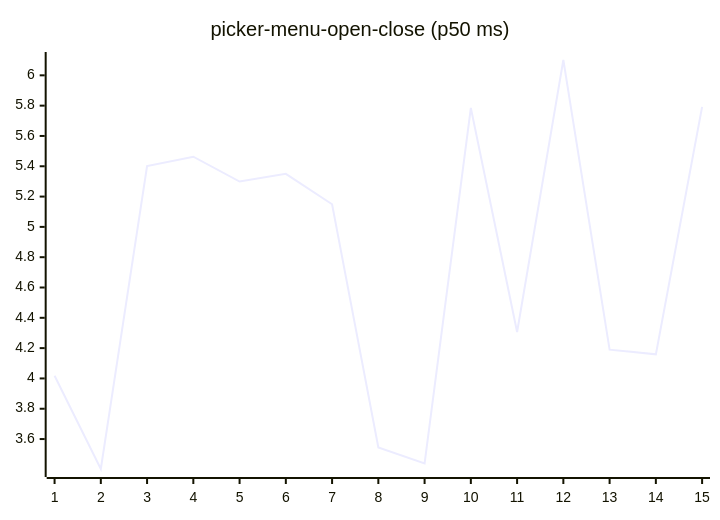
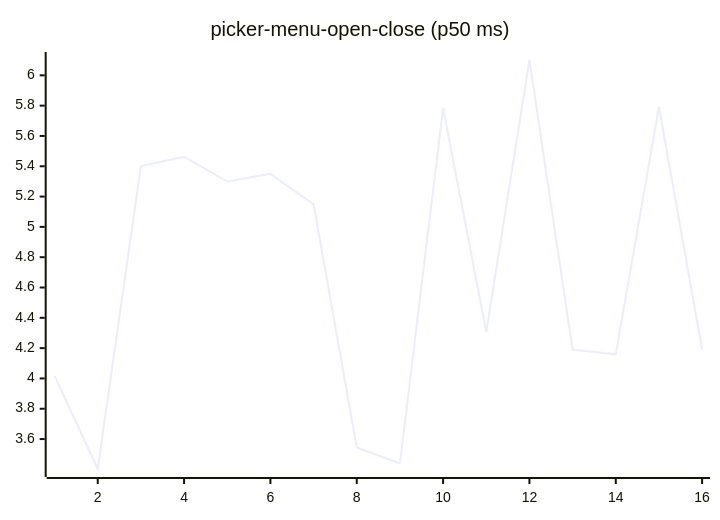
One commit to josha/Facet changed diagram 16 of 27 in README.md. Above: the diagram before and after it, drawn with Mermaid. The commit also changed other lines of this file and 2 other files, not shown here.

````diff
--- a/README.md
+++ b/README.md
@@ -168,6 +168,6 @@
 ```mermaid
 xychart-beta
     title "picker-menu-open-close (p50 ms)"
-    x-axis 1 --> 15
-    line [4.0174, 3.4024, 5.4017, 5.4631, 5.2994, 5.3502, 5.1493, 3.5447, 3.4388, 5.7846, 4.3066, 6.1012, 4.1897, 4.1591, 5.7919]
+    x-axis 1 --> 16
+    line [4.0174, 3.4024, 5.4017, 5.4631, 5.2994, 5.3502, 5.1493, 3.5447, 3.4388, 5.7846, 4.3066, 6.1012, 4.1897, 4.1591, 5.7919, 4.1912]
 ```
````
